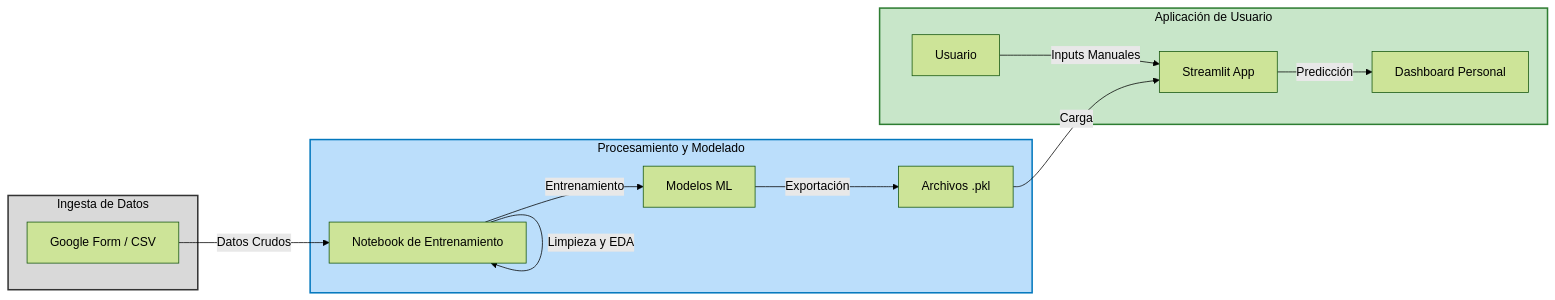
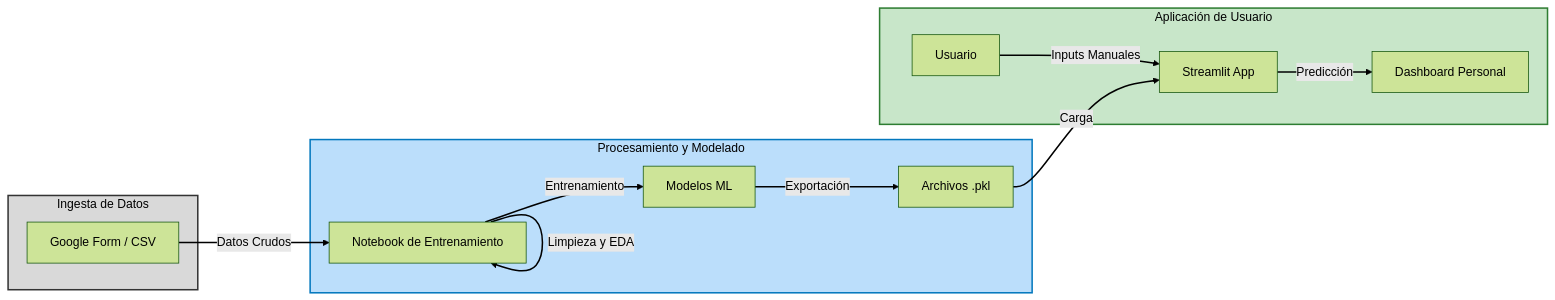
Before and after one commit to Galiextro/Python-Odyssey: the diagram in AI/Predict Your Study Productivity/README.md, drawn with Mermaid (forest theme).

Commit message:
docs: Add initial README detailing the machine learning project for study productivity prediction.

````diff
--- a/AI/Predict Your Study Productivity/README.md
+++ b/AI/Predict Your Study Productivity/README.md
@@ -112,32 +112,34 @@
 ```mermaid
 flowchart LR
     subgraph Ingesta [Ingesta de Datos]
         A[Google Form / CSV]
     end
     
     subgraph Procesamiento [Procesamiento y Modelado]
         B[Notebook de Entrenamiento]
         C[Modelos ML]
         D[Archivos .pkl]
         
         B -->|Limpieza y EDA| B
         B -->|Entrenamiento| C
         C -->|Exportación| D
     end
     
     subgraph Aplicacion [Aplicación de Usuario]
         E[Streamlit App]
         F[Usuario]
         G[Dashboard Personal]
         
         F -->|Inputs Manuales| E
         E -->|Predicción| G
     end
 
     A -->|Datos Crudos| B
     D -->|Carga| E
     
     style Ingesta fill:#d9d9d9,stroke:#333,stroke-width:2px,color:#000
     style Procesamiento fill:#bbdefb,stroke:#0277bd,stroke-width:2px,color:#000
     style Aplicacion fill:#c8e6c9,stroke:#2e7d32,stroke-width:2px,color:#000
+    
+    linkStyle default stroke:#000,stroke-width:2px,fill:none,color:#000
 ```
````
